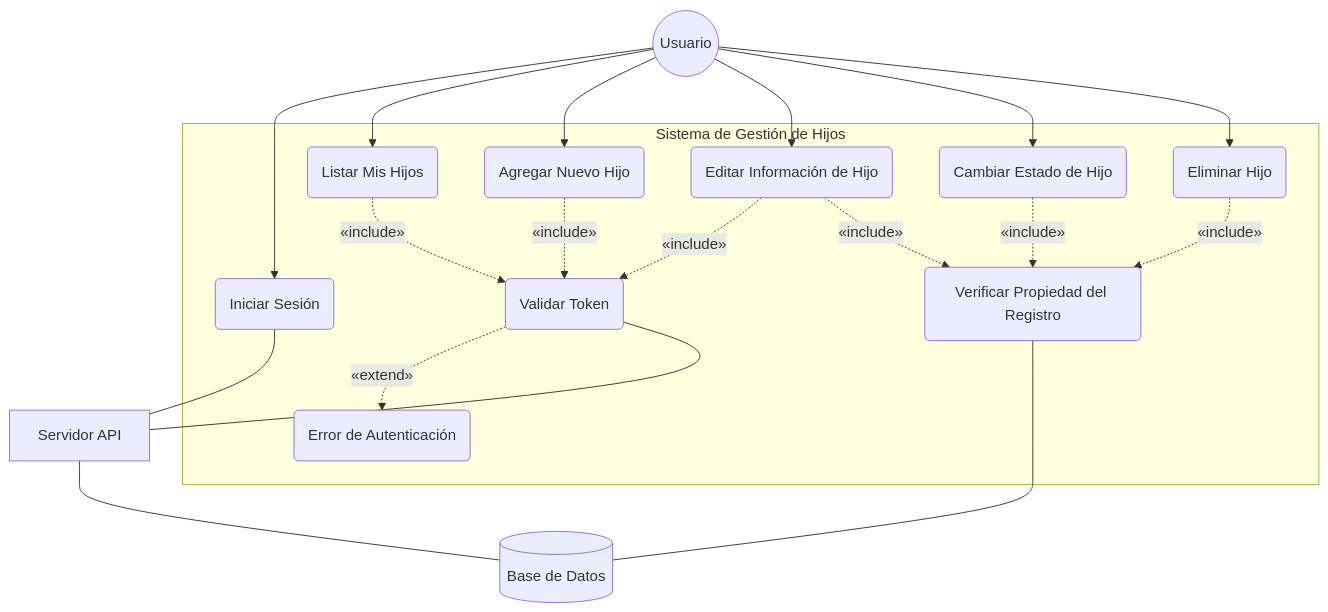
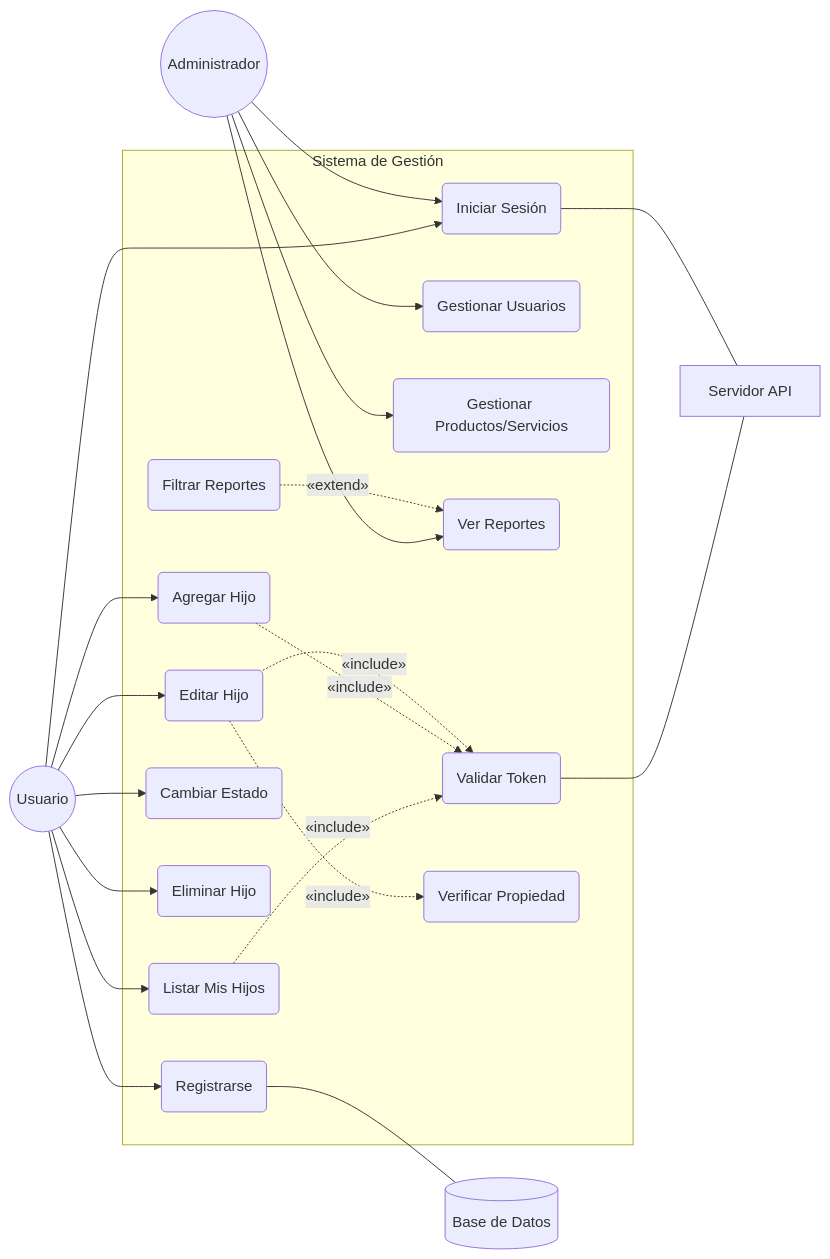
The diagram in prototipo3/Diagramas_Secuencia/Diagrama_CasosDeUso.mermaid (DrMack97/entornos-de-desenvolupament), drawn with Mermaid before and after one commit.

Commit message:
correccion

```diff
--- a/prototipo3/Diagramas_Secuencia/Diagrama_CasosDeUso.mermaid
+++ b/prototipo3/Diagramas_Secuencia/Diagrama_CasosDeUso.mermaid
@@ -1,46 +1,59 @@
-graph TD
-    %% Definición del Actor Principal
+graph LR
+    %% Definición de Actores
     User((Usuario))
+    Admin((Administrador))
 
-    subgraph Sistema_Gestion_Childs [Sistema de Gestión de Hijos]
-        %% Casos de Uso Principales
-        UC1(Iniciar Sesión)
-        UC2(Listar Mis Hijos)
-        UC3(Agregar Nuevo Hijo)
-        UC4(Editar Información de Hijo)
-        UC5(Cambiar Estado de Hijo)
-        UC6(Eliminar Hijo)
+    subgraph Sistema_Integral [Sistema de Gestión]
+        %% Casos de Uso Comunes
+        UC_LOG(Iniciar Sesión)
+        UC_REG(Registrarse)
+        
+        %% Casos de Uso del Usuario (Basado en Gestion_Child.mermaid)
+        UC_LST(Listar Mis Hijos)
+        UC_ADD(Agregar Hijo)
+        UC_EDT(Editar Hijo)
+        UC_STA(Cambiar Estado)
+        UC_DEL(Eliminar Hijo)
 
-        %% Casos de Uso de Soporte / Extensiones
-        UC7(Validar Token)
-        UC8(Verificar Propiedad del Registro)
-        UC9(Error de Autenticación)
+        %% Casos de Uso del Administrador
+        UC_G_USR(Gestionar Usuarios)
+        UC_G_PROD(Gestionar Productos/Servicios)
+        UC_REP(Ver Reportes)
+        UC_FIL(Filtrar Reportes)
+
+        %% Procesos de Soporte (Includes/Extends)
+        UC_VAL(Validar Token)
+        UC_OWN(Verificar Propiedad)
     end
 
-    %% Definición de Sistemas Externos (Actores Secundarios)
+    %% Relaciones del Usuario
+    User --> UC_REG
+    User --> UC_LOG
+    User --> UC_LST
+    User --> UC_ADD
+    User --> UC_EDT
+    User --> UC_STA
+    User --> UC_DEL
+
+    %% Relaciones del Administrador
+    Admin --> UC_LOG
+    Admin --> UC_G_USR
+    Admin --> UC_G_PROD
+    Admin --> UC_REP
+
+    %% Relaciones de Inclusión y Extensión
+    UC_LST -. "«include»" .-> UC_VAL
+    UC_ADD -. "«include»" .-> UC_VAL
+    UC_EDT -. "«include»" .-> UC_VAL
+    UC_EDT -. "«include»" .-> UC_OWN
+    
+    %% Relación de Gestión de Reportes
+    UC_FIL -. "«extend»" .-> UC_REP
+
+    %% Actores Secundarios (Sistemas)
     Servidor[Servidor API]
     BBDD[(Base de Datos)]
 
-    %% Relaciones del Usuario
-    User --> UC1
-    User --> UC2
-    User --> UC3
-    User --> UC4
-    User --> UC5
-    User --> UC6
-
-    %% Relaciones de Inclusión y Extensión (CORREGIDAS)
-    UC2 -. "«include»" .-> UC7
-    UC3 -. "«include»" .-> UC7
-    UC4 -. "«include»" .-> UC7
-    UC4 -. "«include»" .-> UC8
-    UC5 -. "«include»" .-> UC8
-    UC6 -. "«include»" .-> UC8
-
-    UC7 -. "«extend»" .-> UC9
-
-    %% Interacción con Sistemas de Soporte
-    UC1 --- Servidor
-    UC7 --- Servidor
-    UC8 --- BBDD
-    Servidor --- BBDD
+    UC_VAL --- Servidor
+    UC_LOG --- Servidor
+    UC_REG --- BBDD
```
